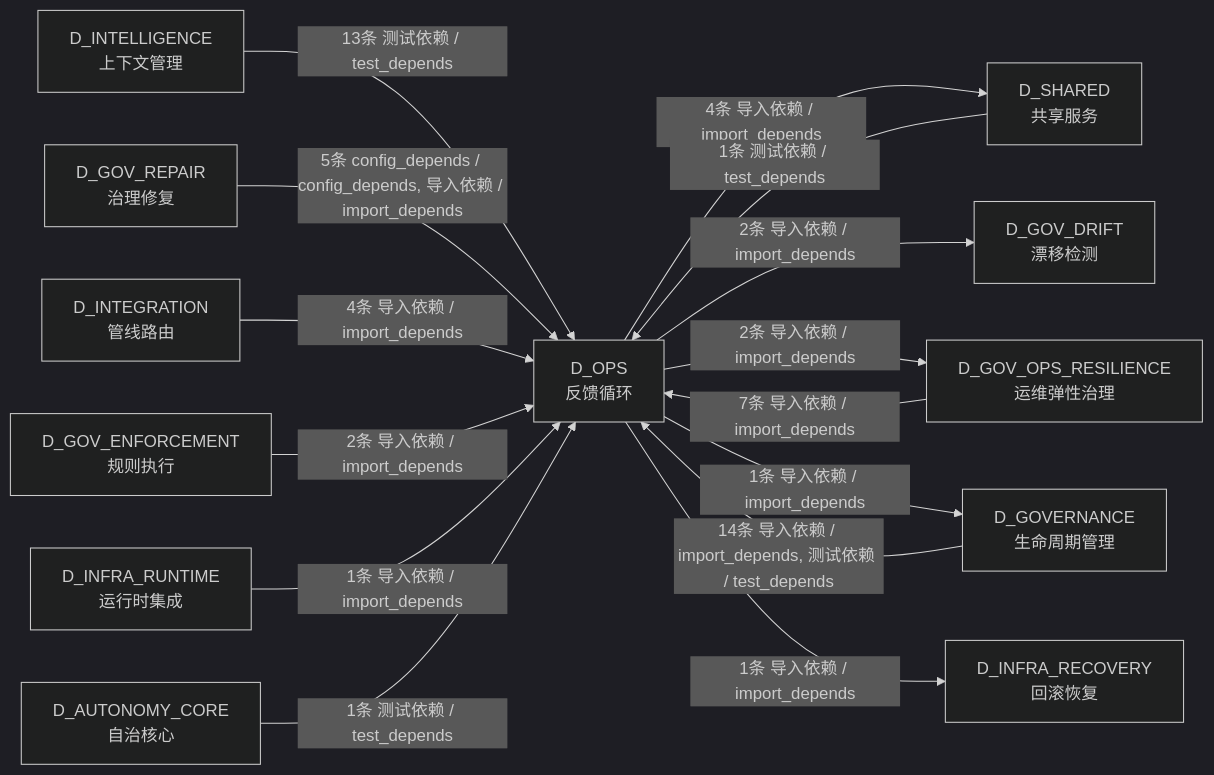
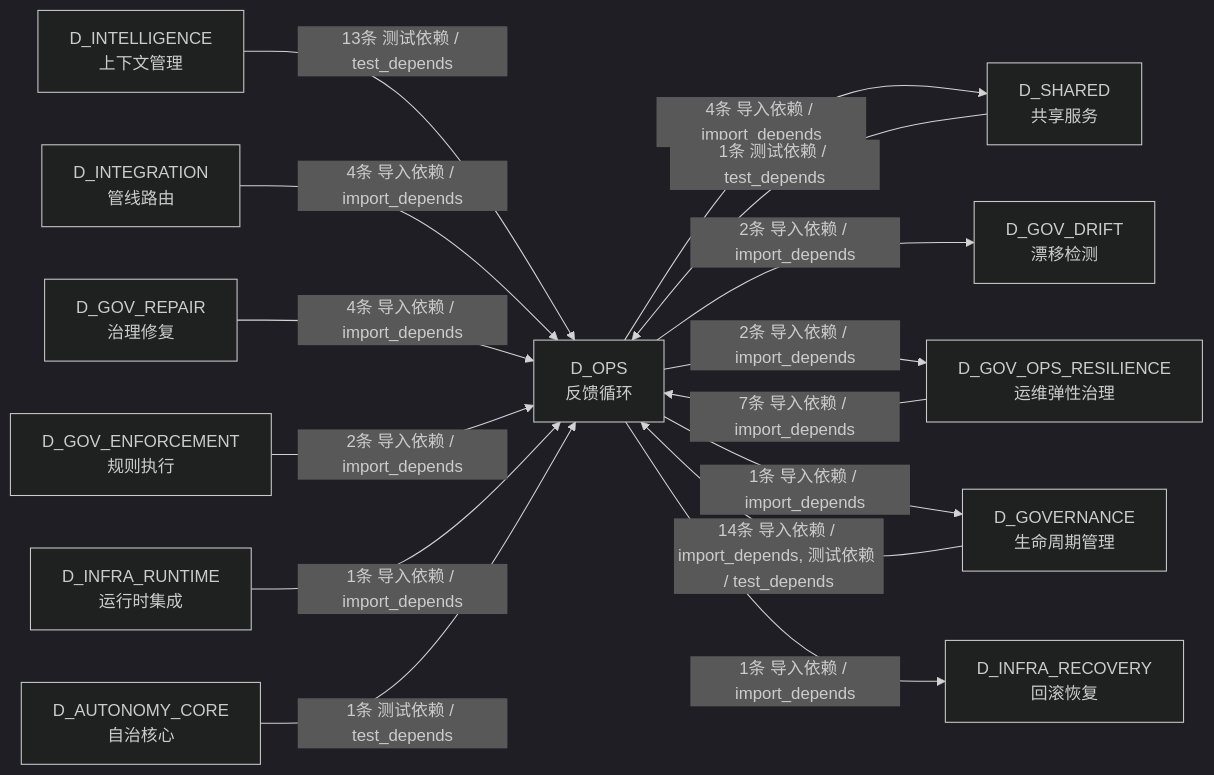
One commit to xuanFelixVan/ZephyrAlpha changed the fourth of 4 diagrams in docs/02_enterprise_architecture/02_domain_architecture_docs/21_d_ops.md. Above: the diagram before and after it, drawn with Mermaid (dark theme). The commit also changed other lines of this file and 126 other files, not shown here.

````diff
--- a/docs/02_enterprise_architecture/02_domain_architecture_docs/21_d_ops.md
+++ b/docs/02_enterprise_architecture/02_domain_architecture_docs/21_d_ops.md
@@ -294,29 +293,29 @@
 ```mermaid
 graph LR
     D_OPS["D_OPS<br/>反馈循环"]
     D_SHARED["D_SHARED<br/>共享服务"]
     D_GOV_DRIFT["D_GOV_DRIFT<br/>漂移检测"]
     D_GOV_OPS_RESILIENCE["D_GOV_OPS_RESILIENCE<br/>运维弹性治理"]
     D_GOVERNANCE["D_GOVERNANCE<br/>生命周期管理"]
     D_INFRA_RECOVERY["D_INFRA_RECOVERY<br/>回滚恢复"]
     D_INTELLIGENCE["D_INTELLIGENCE<br/>上下文管理"]
+    D_INTEGRATION["D_INTEGRATION<br/>管线路由"]
     D_GOV_REPAIR["D_GOV_REPAIR<br/>治理修复"]
-    D_INTEGRATION["D_INTEGRATION<br/>管线路由"]
     D_GOV_ENFORCEMENT["D_GOV_ENFORCEMENT<br/>规则执行"]
     D_INFRA_RUNTIME["D_INFRA_RUNTIME<br/>运行时集成"]
     D_AUTONOMY_CORE["D_AUTONOMY_CORE<br/>自治核心"]
     D_OPS -->|4条 导入依赖 / import_depends| D_SHARED
     D_OPS -->|2条 导入依赖 / import_depends| D_GOV_DRIFT
     D_OPS -->|2条 导入依赖 / import_depends| D_GOV_OPS_RESILIENCE
     D_OPS -->|1条 导入依赖 / import_depends| D_GOVERNANCE
     D_OPS -->|1条 导入依赖 / import_depends| D_INFRA_RECOVERY
     D_GOVERNANCE -->|14条 导入依赖 / import_depends, 测试依赖 / test_depends| D_OPS
     D_INTELLIGENCE -->|13条 测试依赖 / test_depends| D_OPS
     D_GOV_OPS_RESILIENCE -->|7条 导入依赖 / import_depends| D_OPS
-    D_GOV_REPAIR -->|5条 config_depends / config_depends, 导入依赖 / import_depends| D_OPS
     D_INTEGRATION -->|4条 导入依赖 / import_depends| D_OPS
+    D_GOV_REPAIR -->|4条 导入依赖 / import_depends| D_OPS
     D_GOV_ENFORCEMENT -->|2条 导入依赖 / import_depends| D_OPS
     D_SHARED -->|1条 测试依赖 / test_depends| D_OPS
     D_INFRA_RUNTIME -->|1条 导入依赖 / import_depends| D_OPS
     D_AUTONOMY_CORE -->|1条 测试依赖 / test_depends| D_OPS
 ```
````
